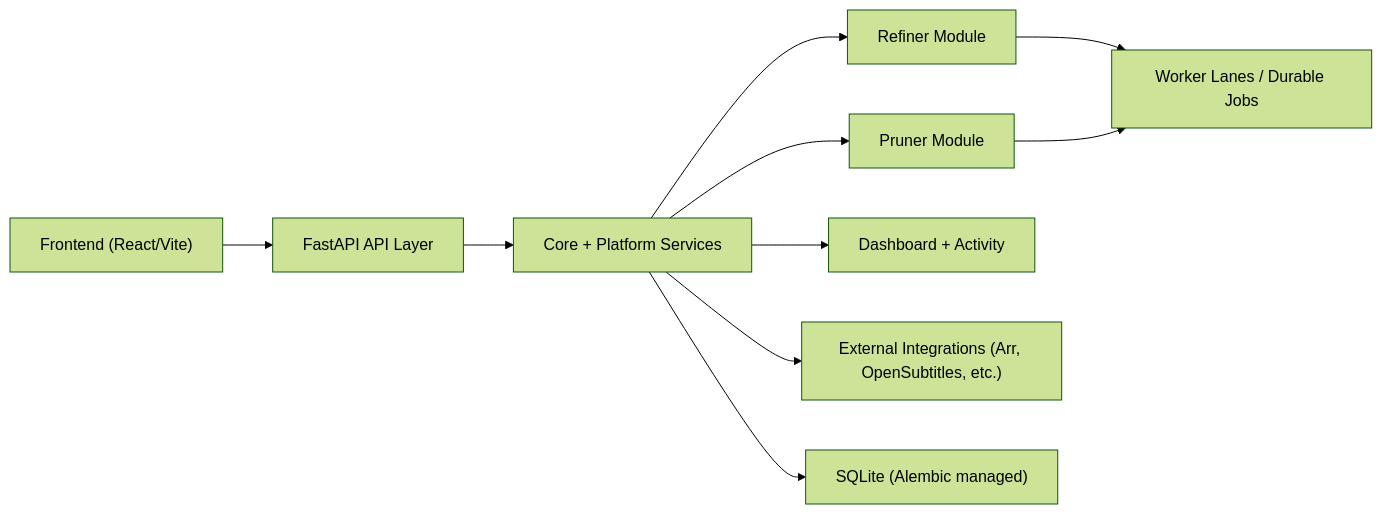
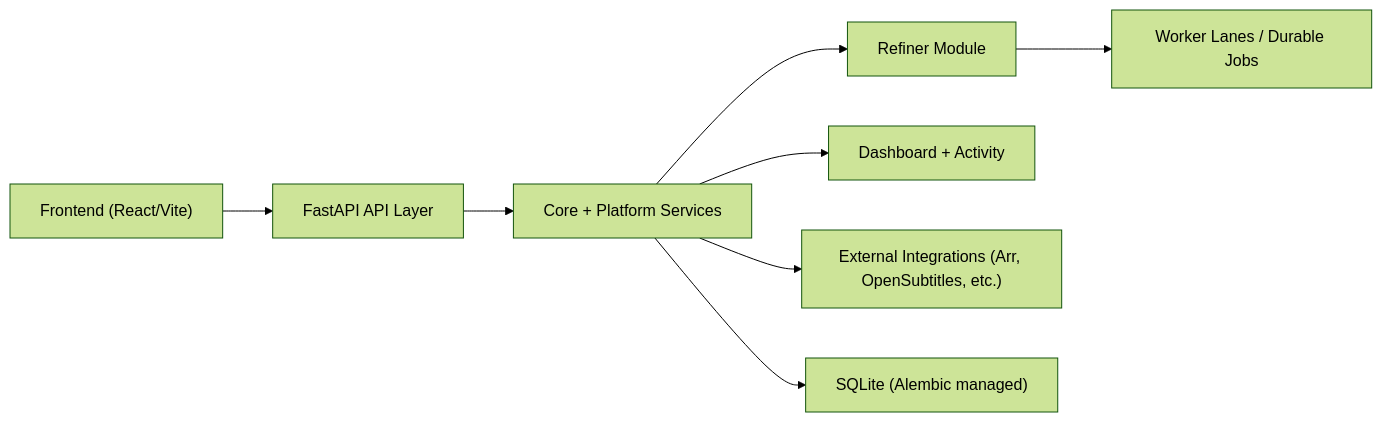
Before and after one commit to jampat000/MediaMop: the first of 2 diagrams in ARCHITECTURE.md, drawn with Mermaid (forest theme). The commit also changed other lines of this file and 230 other files, not shown here.

````diff
--- a/ARCHITECTURE.md
+++ b/ARCHITECTURE.md
@@ -39,12 +38,10 @@
 ```mermaid
 flowchart LR
   UI["Frontend (React/Vite)"] --> API["FastAPI API Layer"]
   API --> Core["Core + Platform Services"]
   Core --> Refiner["Refiner Module"]
-  Core --> Pruner["Pruner Module"]
   Core --> Dashboard["Dashboard + Activity"]
   Core --> Integrations["External Integrations (Arr, OpenSubtitles, etc.)"]
   Core --> DB["SQLite (Alembic managed)"]
   Refiner --> Lanes["Worker Lanes / Durable Jobs"]
-  Pruner --> Lanes
 ```
````
